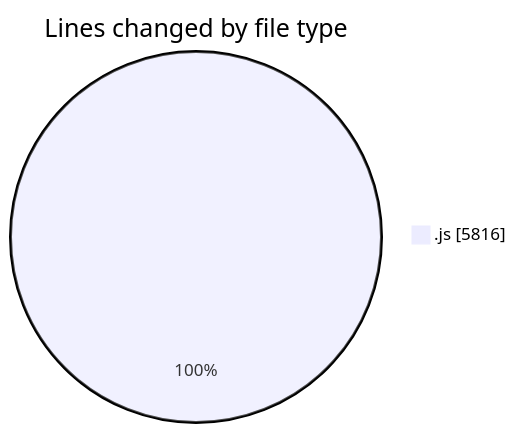
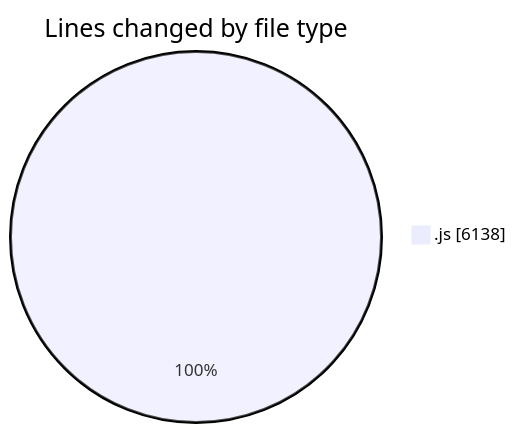
The first of 2 diagrams in 2025-09-04/nxtqube_webapp/README.md (nxtqubesakshisongat/code-tracking), drawn with Mermaid before and after one commit. The commit also changed other lines of this file and 1 other file, not shown here.

````diff
--- a/2025-09-04/nxtqube_webapp/README.md
+++ b/2025-09-04/nxtqube_webapp/README.md
@@ -20,5 +20,5 @@
 ```mermaid
 pie showData
 title Lines changed by file type
-".js" : 5816
+".js" : 6138
 ```
````
